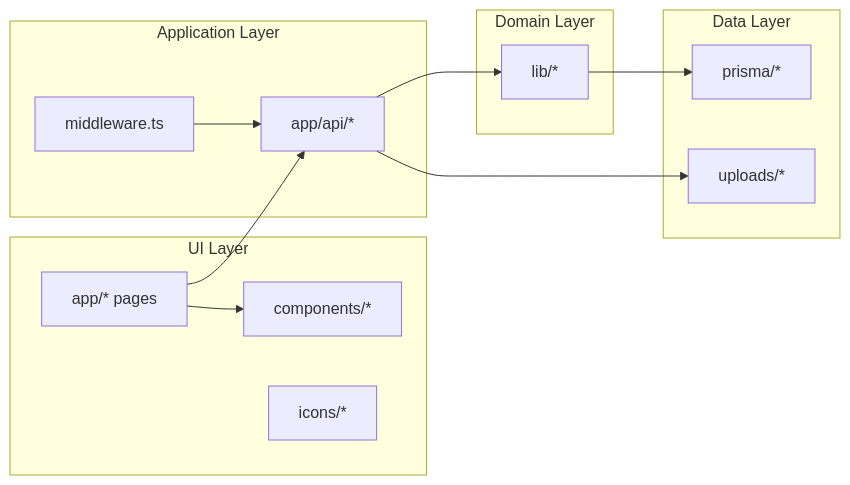
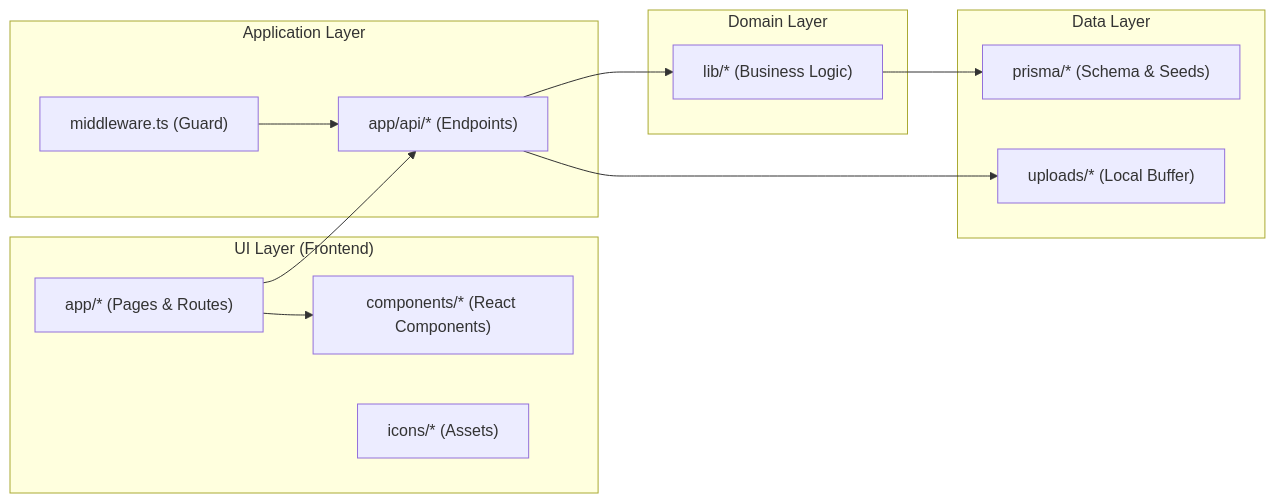
The fourth of 4 diagrams in README.md (xxxquide/Agroplus_Practice), drawn with Mermaid before and after one commit. The commit also changed other lines of this file and 1 other file, not shown here.

````diff
--- a/README.md
+++ b/README.md
@@ -194,29 +249,29 @@
 ```mermaid
 flowchart LR
-  subgraph UI["UI Layer"]
-    APP["app/* pages"]
-    CMP["components/*"]
-    ICO["icons/*"]
+  subgraph UI["UI Layer (Frontend)"]
+    APP["app/* (Pages & Routes)"]
+    CMP["components/* (React Components)"]
+    ICO["icons/* (Assets)"]
   end
 
   subgraph APPLOGIC["Application Layer"]
-    API["app/api/*"]
-    MID["middleware.ts"]
+    API["app/api/* (Endpoints)"]
+    MID["middleware.ts (Guard)"]
   end
 
   subgraph DOMAIN["Domain Layer"]
-    LIB["lib/*"]
+    LIB["lib/* (Business Logic)"]
   end
 
   subgraph DATA["Data Layer"]
-    PRI["prisma/*"]
-    UP["uploads/*"]
+    PRI["prisma/* (Schema & Seeds)"]
+    UP["uploads/* (Local Buffer)"]
   end
 
   APP --> CMP
   APP --> API
   MID --> API
   API --> LIB
   LIB --> PRI
   API --> UP
 ```
````
